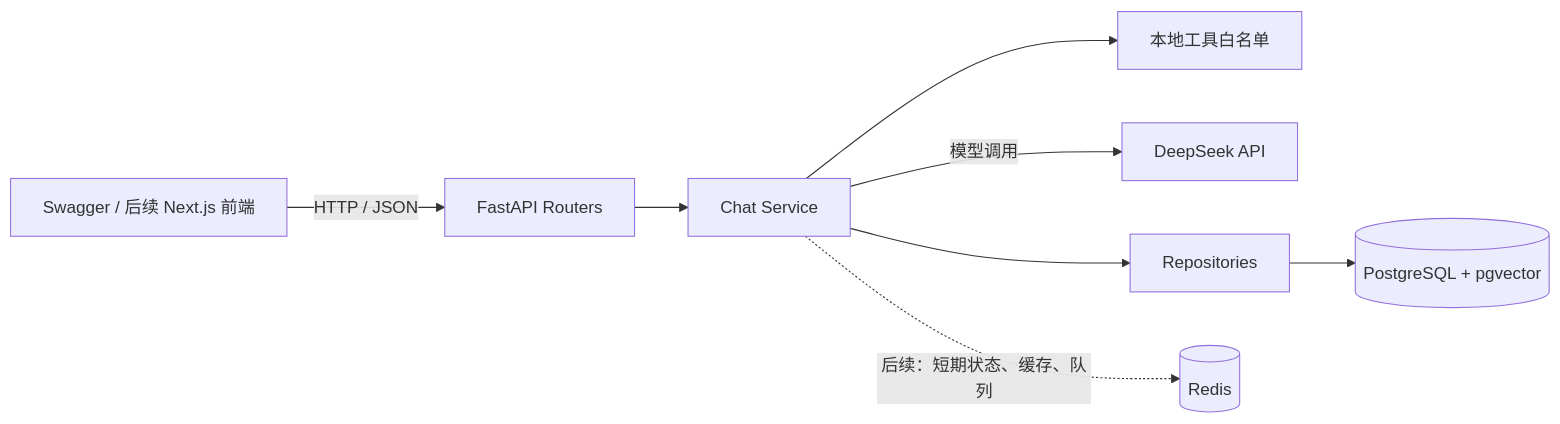
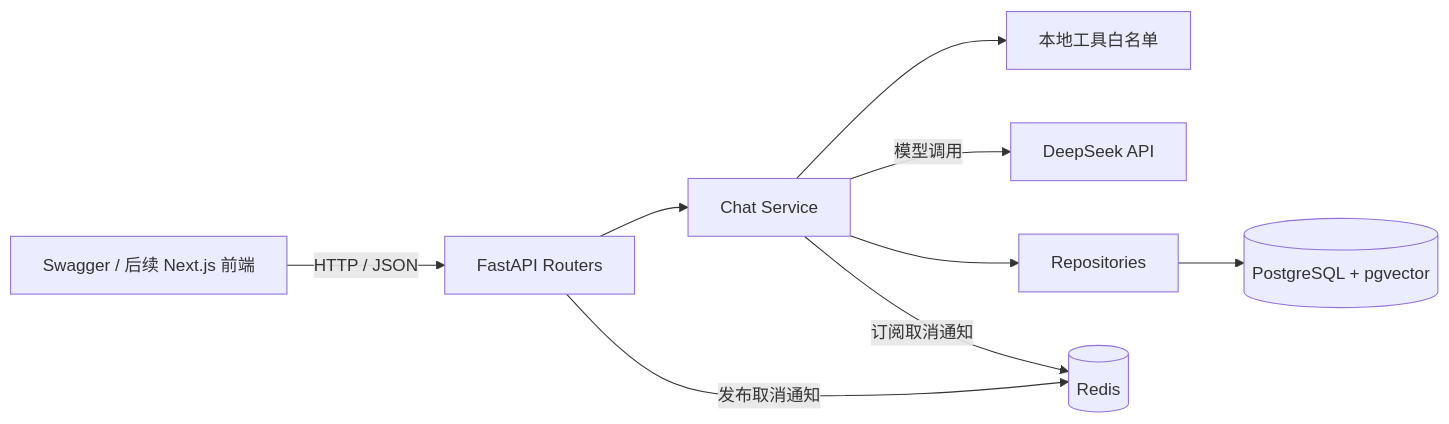
One commit to wxc4234/ai-agent-learning-lab changed the first of 4 diagrams in docs/architecture.md. Above: the diagram before and after it, drawn with Mermaid. The commit also changed other lines of this file and 38 other files, not shown here.

Commit message:
feat: add safe agent runtime and cancellation flow

````diff
--- a/docs/architecture.md
+++ b/docs/architecture.md
@@ -3,19 +3,20 @@
 ```mermaid
 flowchart LR
     client[Swagger / 后续 Next.js 前端]
     router[FastAPI Routers]
     service[Chat Service]
     tools[本地工具白名单]
     model[DeepSeek API]
     repo[Repositories]
     postgres[(PostgreSQL + pgvector)]
     redis[(Redis)]
 
     client -->|HTTP / JSON| router
     router --> service
     service --> tools
     service -->|模型调用| model
     service --> repo
     repo --> postgres
-    service -.->|后续：短期状态、缓存、队列| redis
+    router -->|发布取消通知| redis
+    service -->|订阅取消通知| redis
 ```
````
